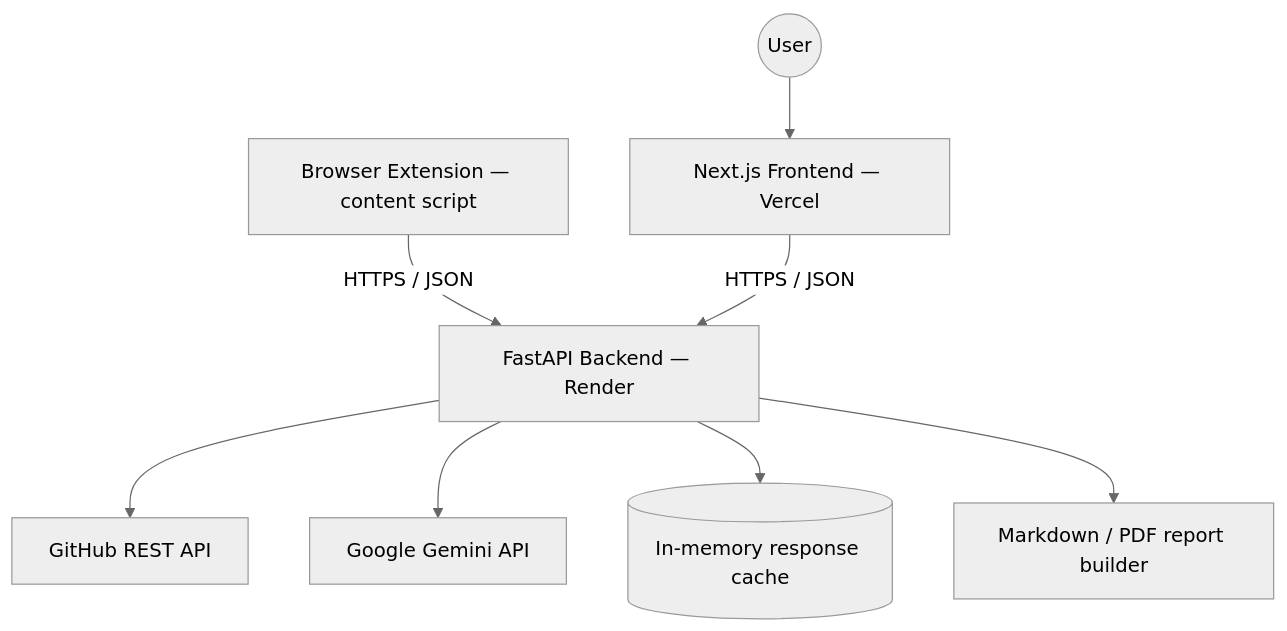
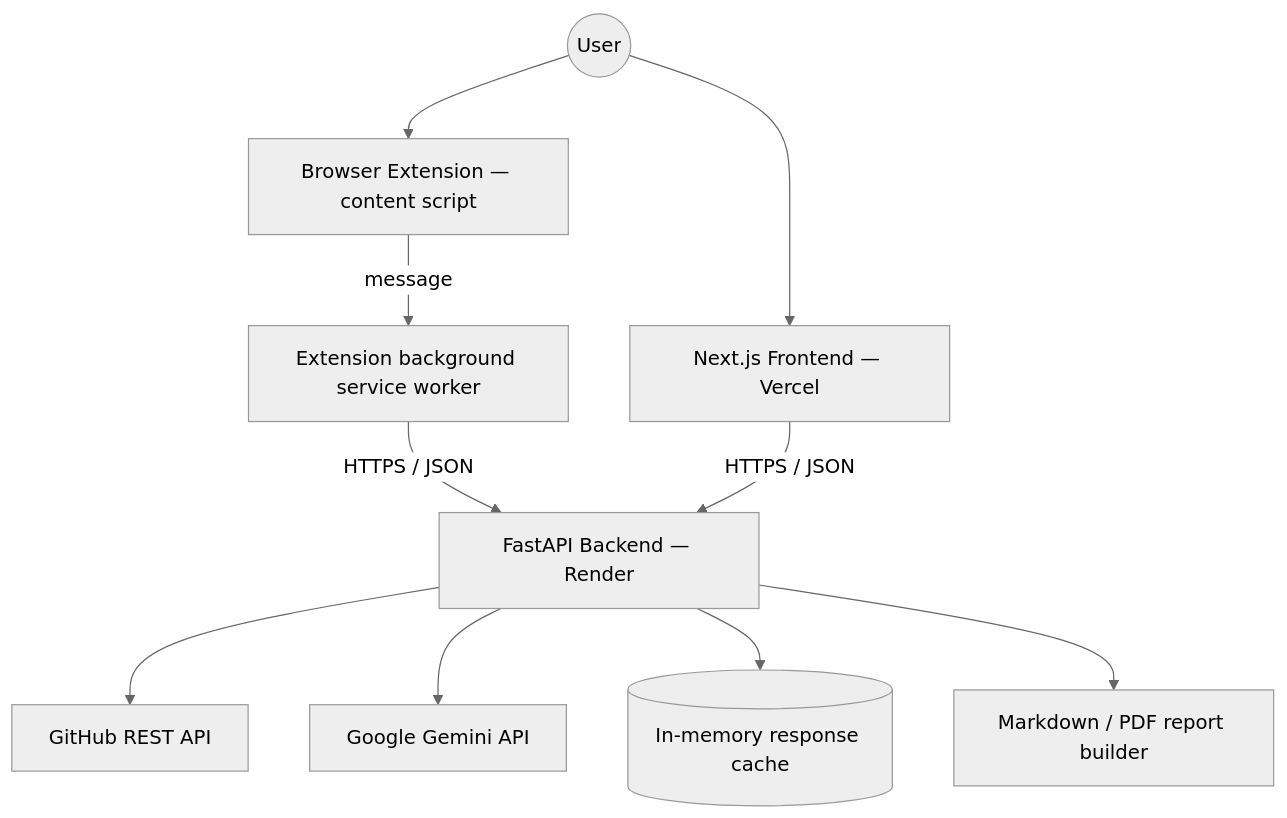
The diagram in README.md (AboobakerSiddique/Github-Intelligence), drawn with Mermaid (neutral theme) before and after one commit. The commit also changed other lines of this file and 8 other files, not shown here.

````diff
--- a/README.md
+++ b/README.md
@@ -102,10 +139,12 @@
 ```mermaid
 flowchart TD
     User((User)) --> FE[Next.js Frontend — Vercel]
-    Ext[Browser Extension — content script] -->|HTTPS / JSON| BE
+    User --> ExtUI[Browser Extension — content script]
+    ExtUI -->|message| ExtBG[Extension background service worker]
+    ExtBG -->|HTTPS / JSON| BE
     FE -->|HTTPS / JSON| BE[FastAPI Backend — Render]
     BE --> GH[GitHub REST API]
     BE --> GEMINI[Google Gemini API]
     BE --> CACHE[(In-memory response cache)]
     BE --> EXPORT[Markdown / PDF report builder]
 ```
````
